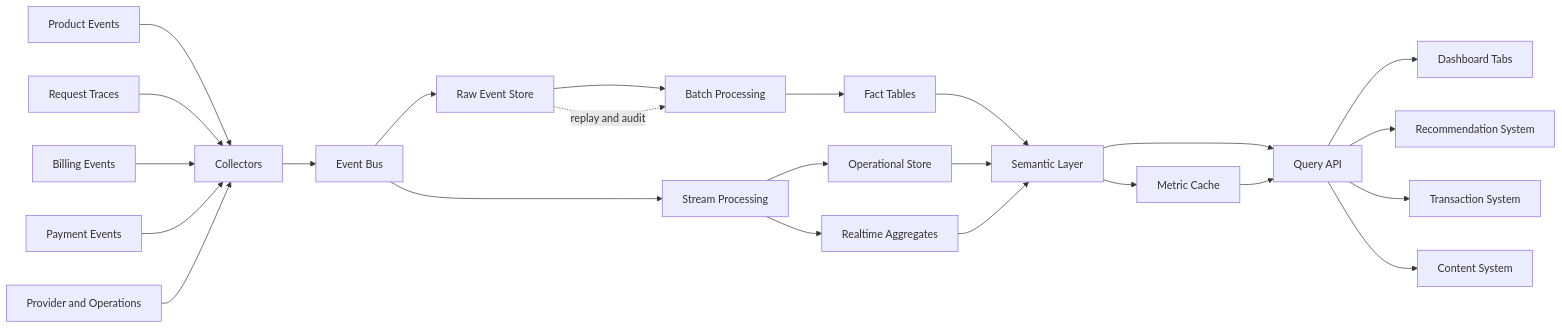
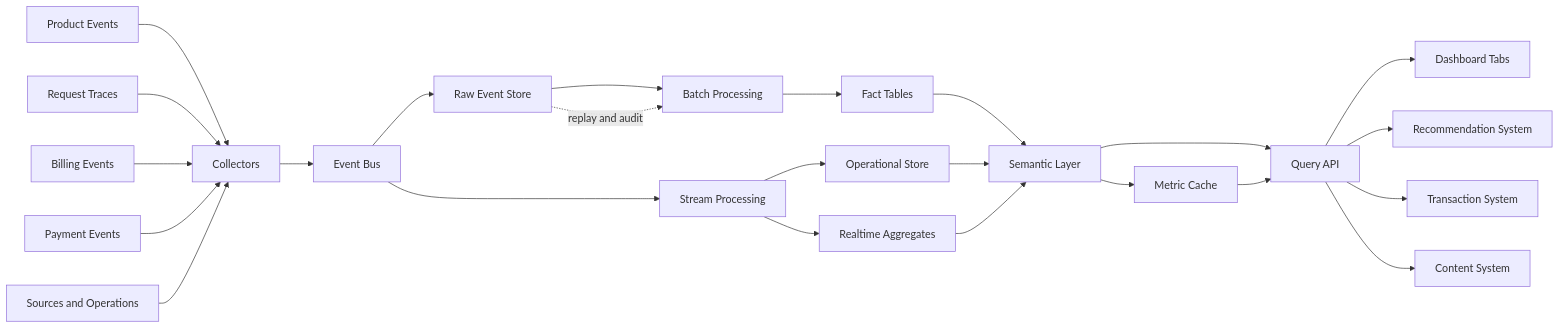
The first of 3 diagrams in src/content/writing/2026/08/data-center-revenue-design/en.md (Liyuk/liyuk.github.io), drawn with Mermaid before and after one commit. The commit also changed other lines of this file and 11 other files, not shown here.

````diff
--- a/src/content/writing/2026/08/data-center-revenue-design/en.md
+++ b/src/content/writing/2026/08/data-center-revenue-design/en.md
@@ -85,30 +86,30 @@
 ```mermaid
 flowchart LR
     A["Product Events"] --> B["Collectors"]
     C["Request Traces"] --> B
     D["Billing Events"] --> B
     E["Payment Events"] --> B
-    F["Provider and Operations"] --> B
+    F["Sources and Operations"] --> B
 
     B --> G["Event Bus"]
     G --> H["Raw Event Store"]
     G --> I["Stream Processing"]
     I --> J["Operational Store"]
     I --> K["Realtime Aggregates"]
 
     H --> L["Batch Processing"]
     L --> M["Fact Tables"]
     M --> N["Semantic Layer"]
     J --> N
     K --> N
 
     N --> O["Query API"]
     O --> P["Dashboard Tabs"]
     O --> Q["Recommendation System"]
     O --> R["Transaction System"]
     O --> S["Content System"]
 
     H -. "replay and audit" .-> L
     N --> T["Metric Cache"]
     T --> O
 ```
````
